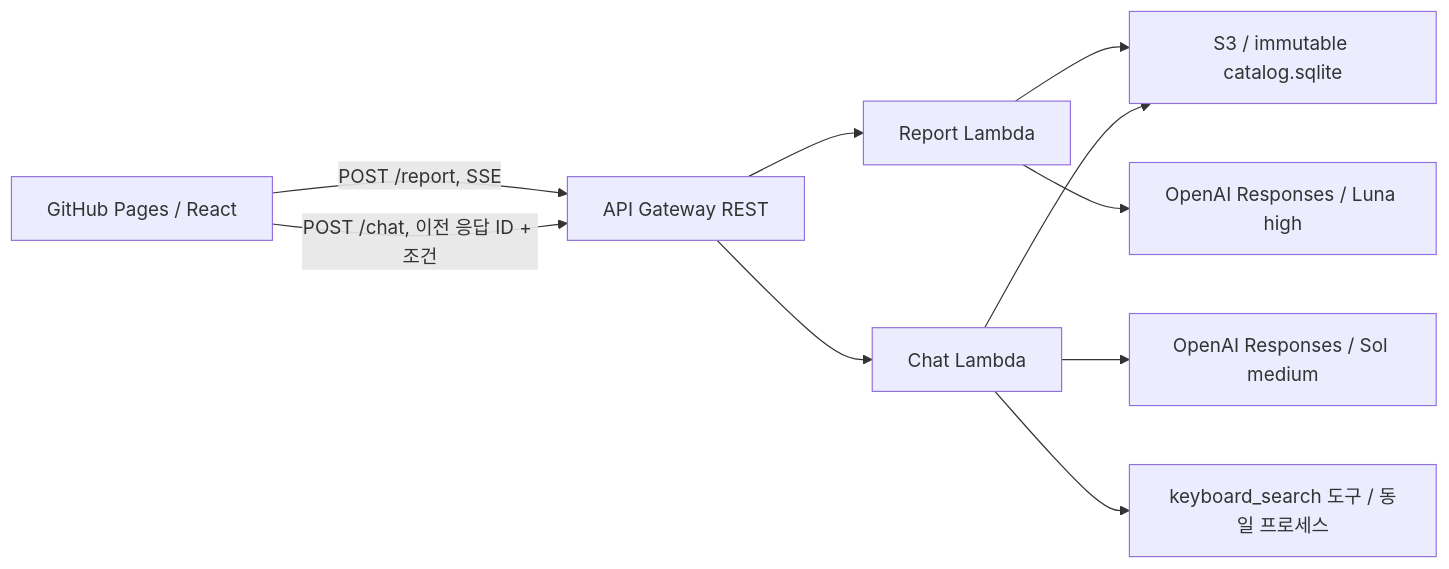
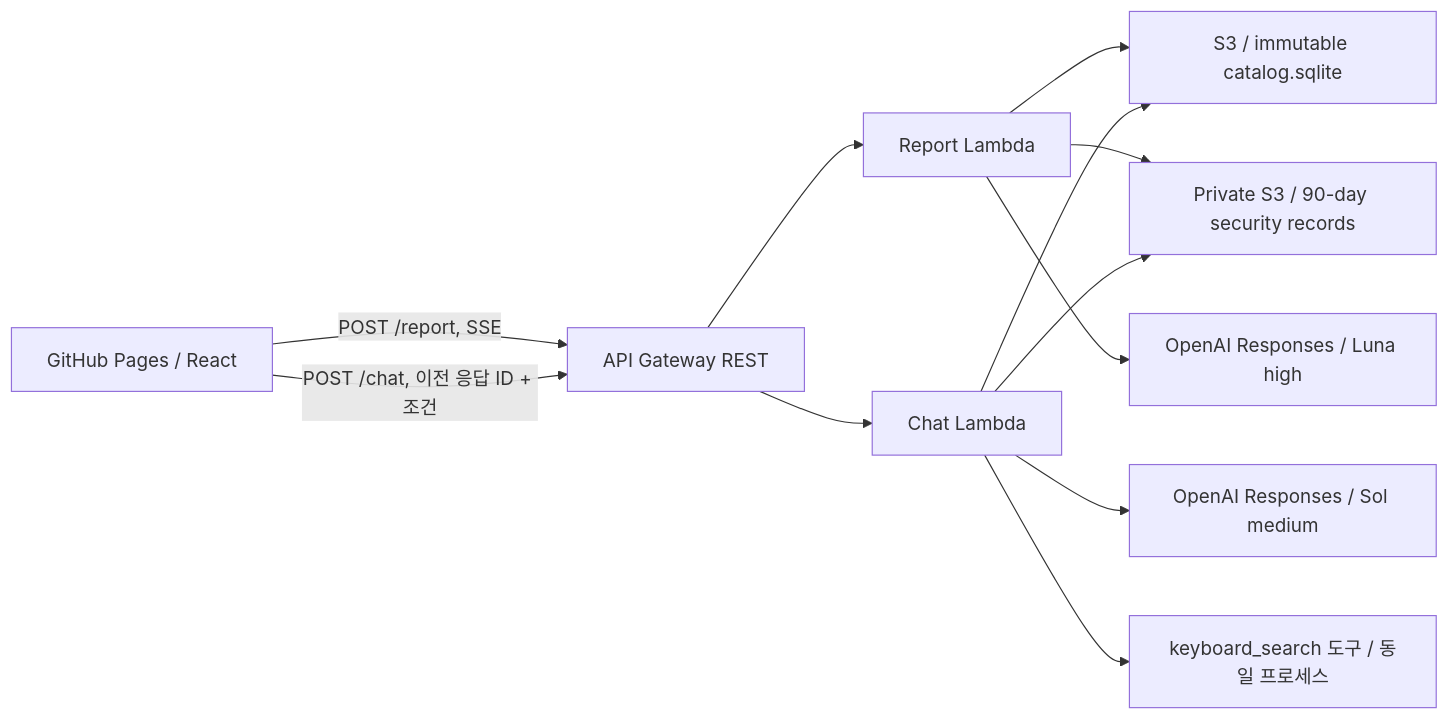
Before and after one commit to Experience-Driven-Product-Catalog/review-catalog-platform-demo: the diagram in README.md, drawn with Mermaid. The commit also changed other lines of this file and 11 other files, not shown here.

Commit message:
Persist private chat and review audit records with 90-day retention

````diff
--- a/README.md
+++ b/README.md
@@ -14,12 +14,14 @@
 ```mermaid
 flowchart LR
     Browser[GitHub Pages / React] -->|POST /report, SSE| API[API Gateway REST]
     Browser -->|POST /chat, 이전 응답 ID + 조건| API
     API --> Report[Report Lambda]
     API --> Chat[Chat Lambda]
     Report --> S3[S3 / immutable catalog.sqlite]
     Chat --> S3
+    Report --> Audit[Private S3 / 90-day security records]
+    Chat --> Audit
     Report --> Extract[OpenAI Responses / Luna high]
     Chat --> Answer[OpenAI Responses / Sol medium]
     Chat --> MCP[keyboard_search 도구 / 동일 프로세스]
 ```
````
